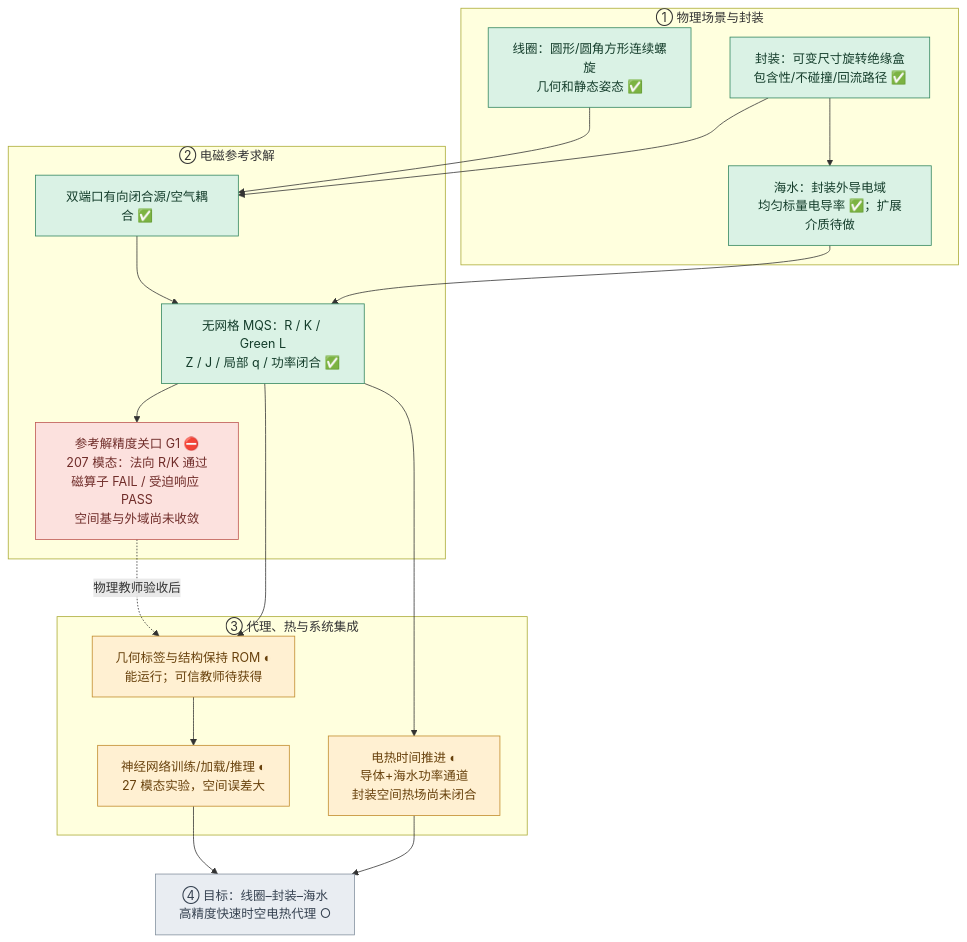
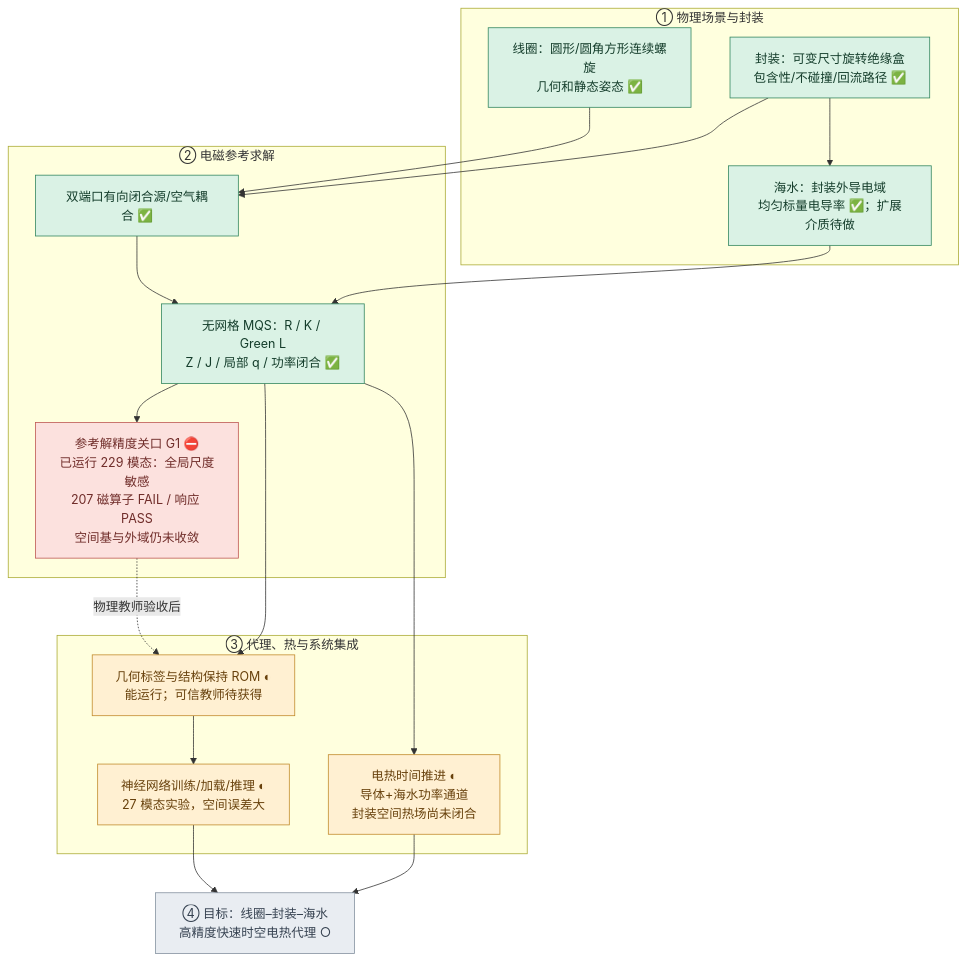
One commit to AliceThunder/SDFMPNEO changed the first of 3 diagrams in docs/research/bfzi_uwpt_electrothermal/PROJECT_PROGRESS.md. Above: the diagram before and after it, drawn with Mermaid. The commit also changed other lines of this file, not shown here.

Commit message:
docs(BFZI): align main progress graph and adaptive milestone with latest 229-mode results

````diff
--- a/docs/research/bfzi_uwpt_electrothermal/PROJECT_PROGRESS.md
+++ b/docs/research/bfzi_uwpt_electrothermal/PROJECT_PROGRESS.md
@@ -20,44 +20,44 @@
 ```mermaid
 flowchart TB
     subgraph PH["① 物理场景与封装"]
         C["线圈：圆形/圆角方形连续螺旋<br/>几何和静态姿态 ✅"]
         P["封装：可变尺寸旋转绝缘盒<br/>包含性/不碰撞/回流路径 ✅"]
         M["海水：封装外导电域<br/>均匀标量电导率 ✅；扩展介质待做"]
     end
 
     subgraph EM["② 电磁参考求解"]
         S["双端口有向闭合源/空气耦合 ✅"]
         E["无网格 MQS：R / K / Green L<br/>Z / J / 局部 q / 功率闭合 ✅"]
-        V["参考解精度关口 G1 ⛔<br/>207 模态：法向 R/K 通过<br/>磁算子 FAIL / 受迫响应 PASS<br/>空间基与外域尚未收敛"]
+        V["参考解精度关口 G1 ⛔<br/>已运行 229 模态：全局尺度敏感<br/>207 磁算子 FAIL / 响应 PASS<br/>空间基与外域仍未收敛"]
     end
 
     subgraph FAST["③ 代理、热与系统集成"]
         D["几何标签与结构保持 ROM ◐<br/>能运行；可信教师待获得"]
         N["神经网络训练/加载/推理 ◐<br/>27 模态实验，空间误差大"]
         T["电热时间推进 ◐<br/>导体+海水功率通道<br/>封装空间热场尚未闭合"]
     end
 
     F["④ 目标：线圈–封装–海水<br/>高精度快速时空电热代理 ○"]
 
     C --> S
     P --> S
     P --> M
     M --> E
     S --> E
     E --> V
     E --> D
     V -. "物理教师验收后" .-> D
     D --> N
     E --> T
     N --> F
     T --> F
 
     classDef done fill:#daf2e5,stroke:#30855e,color:#143d2b
     classDef doing fill:#fff0d2,stroke:#c18a2a,color:#68410c
     classDef blocked fill:#fce1de,stroke:#bd5651,color:#702d2a
     classDef future fill:#e9edf2,stroke:#83909e,color:#354150
     class C,P,M,S,E done
     class D,N,T doing
     class V blocked
     class F future
 ```
````
